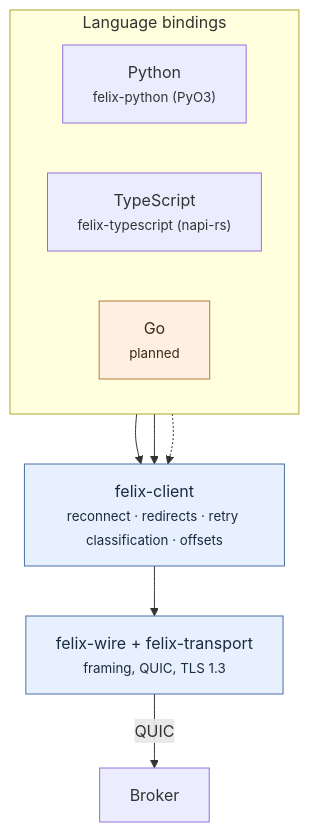
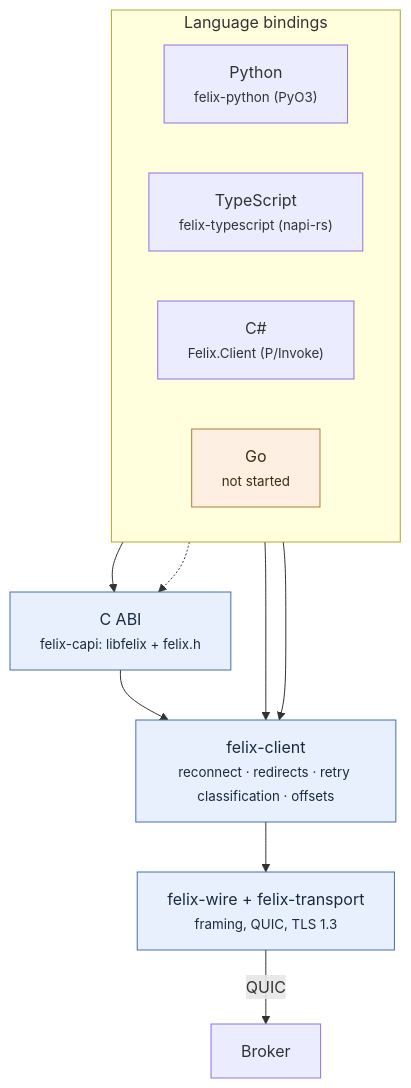
Before and after one commit to GetFelix/felix: the first of 2 diagrams in docs-site/src/content/docs/clients/overview.md, drawn with Mermaid. The commit also changed other lines of this file and 16 other files, not shown here.

````diff
--- a/docs-site/src/content/docs/clients/overview.md
+++ b/docs-site/src/content/docs/clients/overview.md
@@ -25,24 +25,29 @@
 ```mermaid
 flowchart TB
     subgraph langs["Language bindings"]
         direction LR
         PY["Python<br/><small>felix-python (PyO3)</small>"]
         TS["TypeScript<br/><small>felix-typescript (napi-rs)</small>"]
-        GO["Go<br/><small>planned</small>"]
+        CS["C#<br/><small>Felix.Client (P/Invoke)</small>"]
+        GO["Go<br/><small>not started</small>"]
     end
+
+    CABI["C ABI<br/><small>felix-capi: libfelix + felix.h</small>"]
 
     CORE["felix-client<br/><small>reconnect · redirects · retry classification · offsets</small>"]
     WIRE["felix-wire + felix-transport<br/><small>framing, QUIC, TLS 1.3</small>"]
     BROKER["Broker"]
 
     PY --> CORE
     TS --> CORE
-    GO -.-> CORE
+    CS --> CABI
+    CABI --> CORE
+    GO -.-> CABI
     CORE --> WIRE
     WIRE -->|QUIC| BROKER
 
     classDef planned fill:#fdf0e3,stroke:#b07d3a,color:#3d2a12
     classDef core fill:#e8f0fe,stroke:#4a6fa5,color:#1a2b40
     class GO planned
-    class CORE,WIRE core
+    class CORE,WIRE,CABI core
 ```
````
